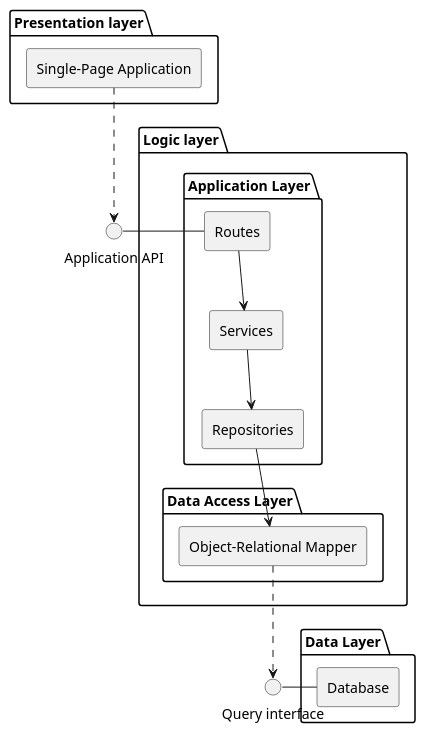
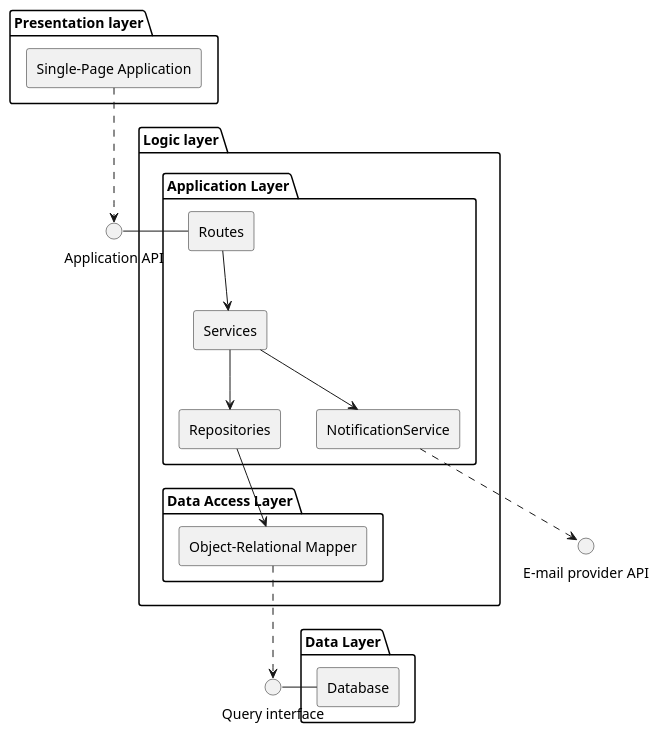
Before and after one commit to unibo-dtm-se-2526-PRONTO/report: the diagram in sections/03-design/assets/components.puml, drawn with PlantUML. The commit also changed 9 other files, not shown here.

```diff
--- a/sections/03-design/assets/components.puml
+++ b/sections/03-design/assets/components.puml
@@ -1,40 +1,45 @@
 @startuml components-diagram 
 
 skinparam componentStyle rectangle
 skinparam shadowing false
 
 package "Presentation layer" {
   [Single-Page Application] as SPA
 }
 
 package "Logic layer" {
 
   package "Application Layer" {
     [Routes]
     [Services]
     [Repositories]
+    [NotificationService]
   }
 
   package "Data Access Layer" {
     [Object-Relational Mapper] as ORM
   }
 
   [Routes] --> [Services]
   [Services] --> [Repositories]
+  [Services] --> [NotificationService]
   [Repositories] --> [ORM]
 }
+
+interface "E-mail provider API" as MailAPI
+[NotificationService] ..> MailAPI
 
 package "Data Layer" {
   [Database]
 }
 
 interface "Application API" as API
 interface "Query interface" as Query
 
 API - [Routes]
 SPA ..> API
 
 Query - [Database]
 [ORM] ..> Query
 
 @enduml
```
